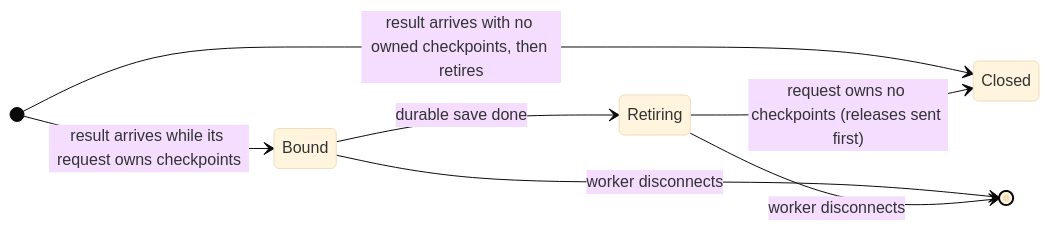
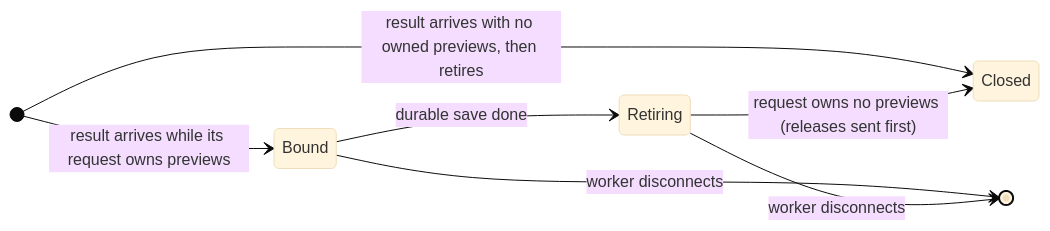
One commit to tristanmanchester/tomojax changed the fifth of 6 diagrams in studio/STATECHART.md. Above: the diagram before and after it, drawn with Mermaid (base theme). The commit also changed other lines of this file and 33 other files, not shown here.

````diff
--- a/studio/STATECHART.md
+++ b/studio/STATECHART.md
@@ -150,10 +150,10 @@
 ```mermaid
 stateDiagram-v2
     direction LR
-    [*] --> Bound: result arrives while its request owns checkpoints
-    [*] --> Closed: result arrives with no owned checkpoints, then retires
+    [*] --> Bound: result arrives while its request owns previews
+    [*] --> Closed: result arrives with no owned previews, then retires
     Bound --> Retiring: durable save done
-    Retiring --> Closed: request owns no checkpoints (releases sent first)
+    Retiring --> Closed: request owns no previews (releases sent first)
     Bound --> [*]: worker disconnects
     Retiring --> [*]: worker disconnects
 ```
````
